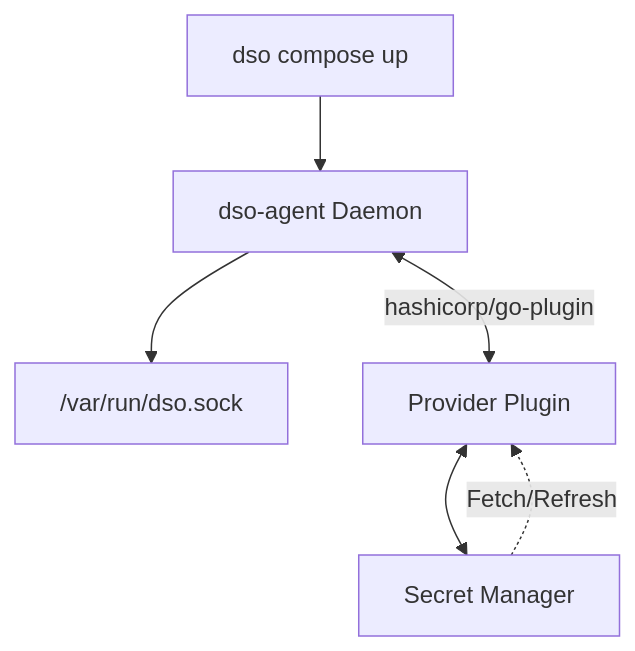
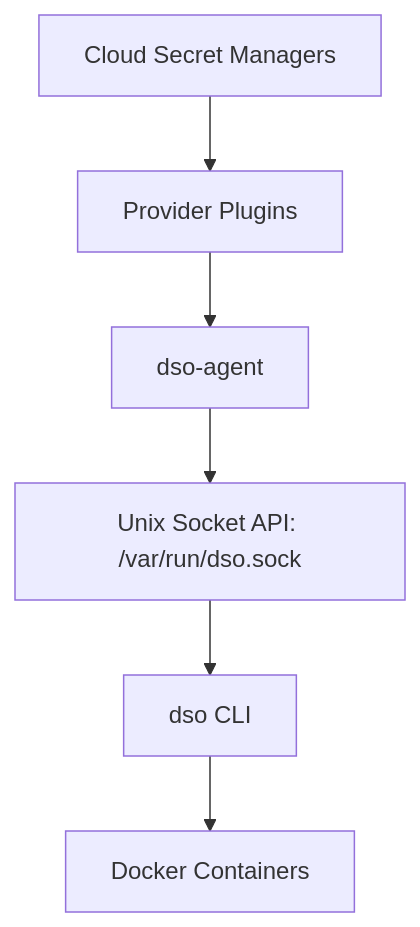
Before and after one commit to umairmd385/docker-secret-operator: the diagram in README.md, drawn with Mermaid. The commit also changed other lines of this file, not shown here.

````diff
--- a/README.md
+++ b/README.md
@@ -14,15 +55,8 @@
 ```mermaid
 graph TD
-    CLI[dso compose up]
-    Agent[dso-agent Daemon]
-    Socket["/var/run/dso.sock"]
-    
-    Provider[Provider Plugin]
-
-    CLI --> Agent
-    Agent --> Socket
-    Agent <-->|hashicorp/go-plugin| Provider
-    
-    Provider <--> Cloud[Secret Manager]
-    Cloud -. "Fetch/Refresh" .-> Provider
+    Cloud[Cloud Secret Managers] --> Plugins[Provider Plugins]
+    Plugins --> Agent[dso-agent]
+    Agent --> Socket[Unix Socket API: /var/run/dso.sock]
+    Socket --> CLI[dso CLI]
+    CLI --> Docker[Docker Containers]
 ```
````
